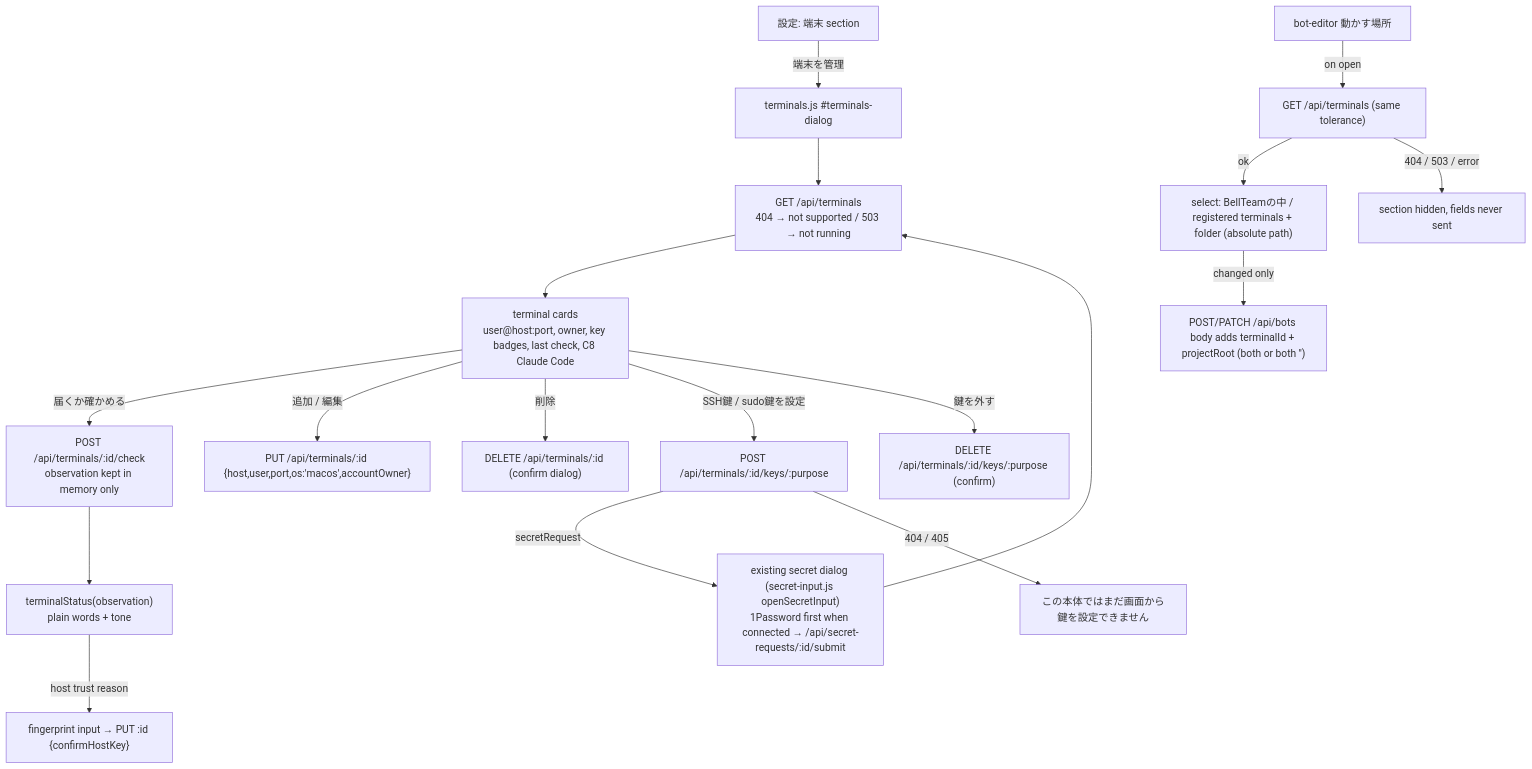
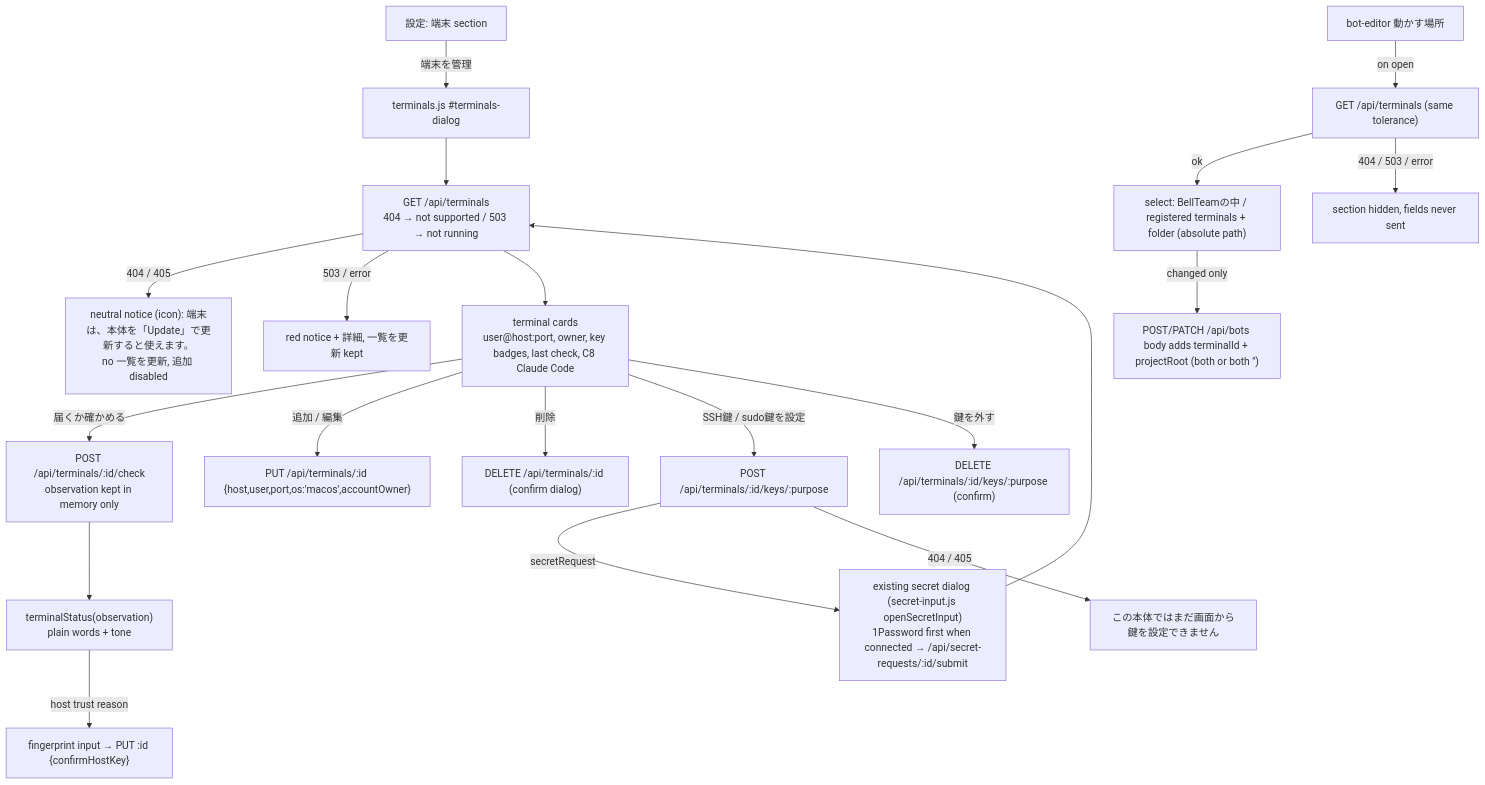
One commit to kitepon/BellTeam changed the third of 3 diagrams in docs/architecture/modules/web/README.md. Above: the diagram before and after it, drawn with Mermaid. The commit also changed 4 other files, not shown here.

First line of the commit message:
Web terminals: older body is a neutral notice, not an error

````diff
--- a/docs/architecture/modules/web/README.md
+++ b/docs/architecture/modules/web/README.md
@@ -101,20 +101,22 @@
 ```mermaid
 flowchart TD
   Settings[設定: 端末 section] -->|端末を管理| Dialog["terminals.js #terminals-dialog"]
   Dialog --> List["GET /api/terminals<br/>404 → not supported / 503 → not running"]
+  List -->|404 / 405| Waiting["neutral notice (icon): 端末は、本体を「Update」で更新すると使えます。<br/>no 一覧を更新, 追加 disabled"]
+  List -->|503 / error| Failed["red notice + 詳細, 一覧を更新 kept"]
   List --> Cards["terminal cards<br/>user@host:port, owner, key badges, last check, C8 Claude Code"]
   Cards -->|届くか確かめる| Check["POST /api/terminals/:id/check<br/>observation kept in memory only"]
   Check --> Badge["terminalStatus(observation)<br/>plain words + tone"]
   Badge -->|host trust reason| Confirm["fingerprint input → PUT :id {confirmHostKey}"]
   Cards -->|追加 / 編集| Form["PUT /api/terminals/:id {host,user,port,os:'macos',accountOwner}"]
   Cards -->|削除| Remove["DELETE /api/terminals/:id (confirm dialog)"]
   Cards -->|SSH鍵 / sudo鍵を設定| Key["POST /api/terminals/:id/keys/:purpose"]
   Key -->|secretRequest| Secret["existing secret dialog (secret-input.js openSecretInput)<br/>1Password first when connected → /api/secret-requests/:id/submit"]
   Key -->|404 / 405| NoRoute["この本体ではまだ画面から鍵を設定できません"]
   Secret --> List
   Cards -->|鍵を外す| Unbind["DELETE /api/terminals/:id/keys/:purpose (confirm)"]
   Editor["bot-editor 動かす場所"] -->|on open| List2["GET /api/terminals (same tolerance)"]
   List2 -->|ok| Fields["select: BellTeamの中 / registered terminals + folder (absolute path)"]
   List2 -->|404 / 503 / error| Hidden["section hidden, fields never sent"]
   Fields -->|changed only| Body["POST/PATCH /api/bots body adds terminalId + projectRoot (both or both '')"]
 ```
````
